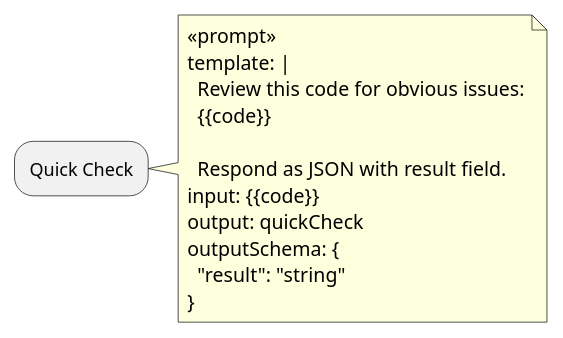
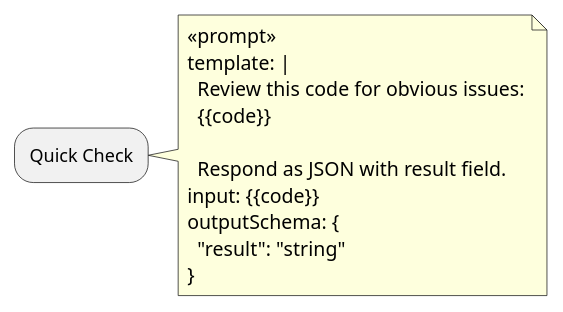
Before and after one commit to JuanToanXoup/copilot-api-minimal: the fourth of 12 diagrams in docs/plantuml-workflow-schema.md, drawn with PlantUML. The commit also changed other lines of this file, not shown here.

First line of the commit message:
Remove redundant output field, use outputSchema keys as variables

````diff
--- a/docs/plantuml-workflow-schema.md
+++ b/docs/plantuml-workflow-schema.md
@@ -129,16 +125,15 @@
 ```plantuml
 :Quick Check;
 note right
   <<prompt>>
   template: |
     Review this code for obvious issues:
     {{code}}
 
     Respond as JSON with result field.
   input: {{code}}
-  output: quickCheck
   outputSchema: {
     "result": "string"
   }
 end note
 ```
````
